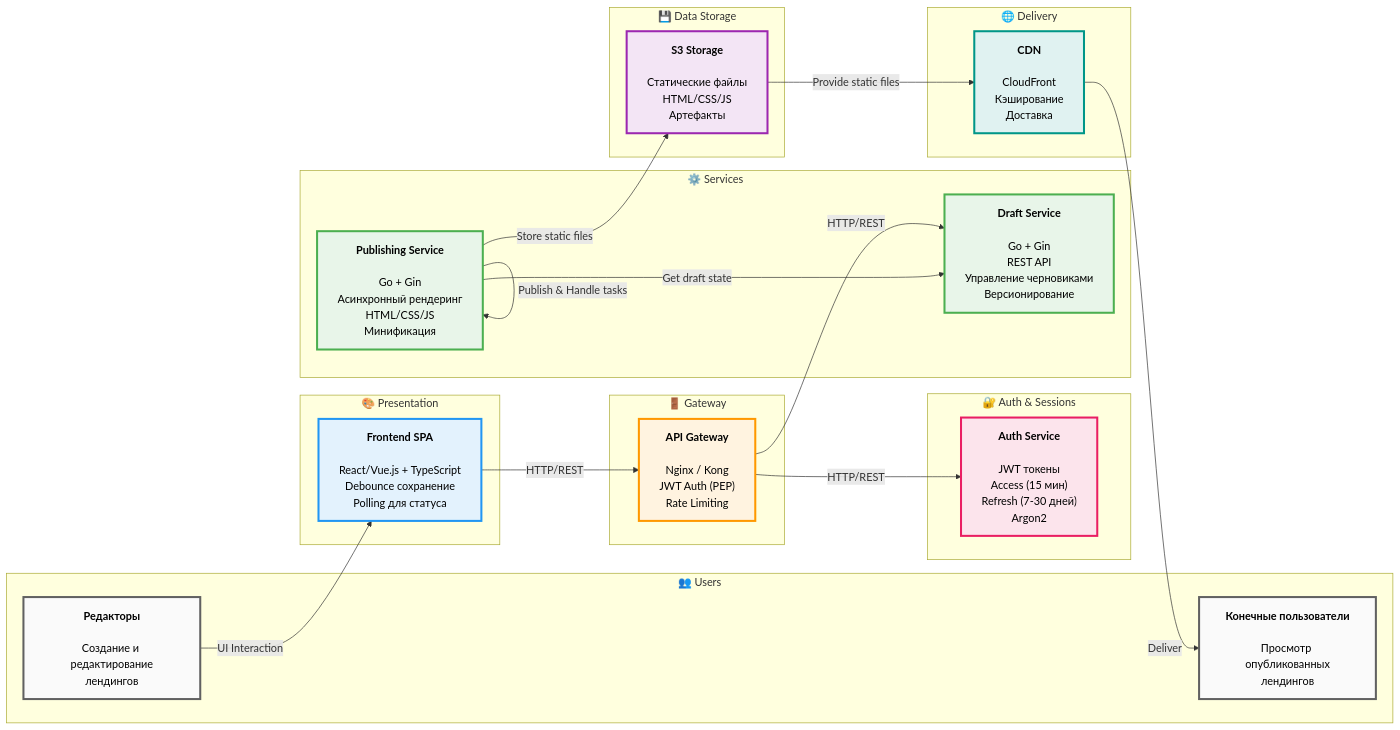
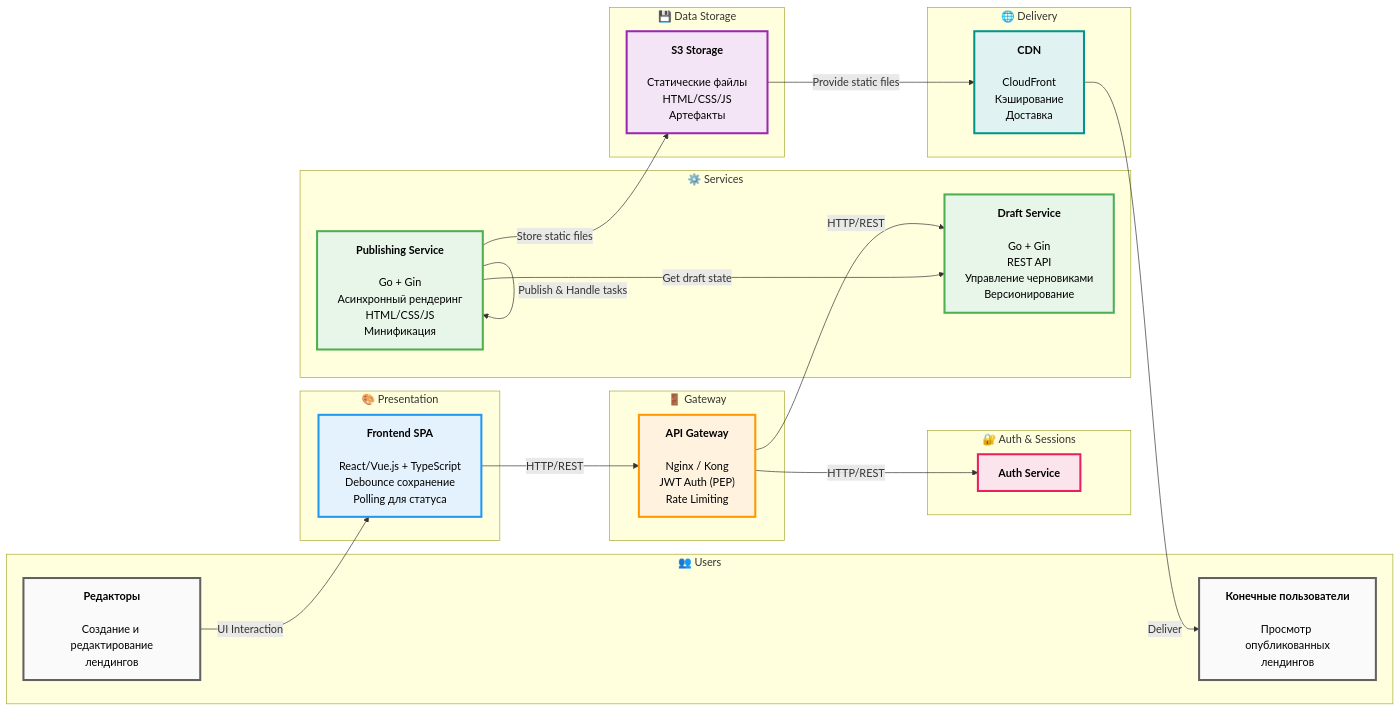
One commit to rki-mai/docs changed the first of 4 diagrams in ADRs/Уточнения и детализация архитектуры.md. Above: the diagram before and after it, drawn with Mermaid. The commit also changed other lines of this file, not shown here.

Commit message:
fix: move permissions check in auth service

````diff
--- a/ADRs/Уточнения и детализация архитектуры.md
+++ b/ADRs/Уточнения и детализация архитектуры.md
@@ -100,65 +99,65 @@
 ```mermaid
 graph LR
     subgraph users["👥 Users"]
         Editors["<b>Редакторы</b><br/><br/>Создание и редактирование<br/>лендингов"]
         EndUsers["<b>Конечные пользователи</b><br/><br/>Просмотр опубликованных<br/>лендингов"]
     end
     
     subgraph presentation["🎨 Presentation"]
         Frontend["<b>Frontend SPA</b><br/><br/>React/Vue.js + TypeScript<br/>Debounce сохранение<br/>Polling для статуса"]
     end
     
     subgraph gateway["🚪 Gateway"]
         Gateway["<b>API Gateway</b><br/><br/>Nginx / Kong<br/>JWT Auth (PEP)<br/>Rate Limiting"]
     end
     
     subgraph auth_storage["🔐 Auth & Sessions"]
-        AuthService["<b>Auth Service</b><br/><br/>JWT токены<br/>Access (15 мин)<br/>Refresh (7-30 дней)<br/>Argon2"]
+        AuthService["<b>Auth Service</b>"]
     end
     
     subgraph services["⚙️ Services"]
         DraftService["<b>Draft Service</b><br/><br/>Go + Gin<br/>REST API<br/>Управление черновиками<br/>Версионирование"]
         
         PublishService["<b>Publishing Service</b><br/><br/>Go + Gin<br/>Асинхронный рендеринг<br/>HTML/CSS/JS<br/>Минификация"]
     end
     
     subgraph data_storage["💾 Data Storage"]
         S3["<b>S3 Storage</b><br/><br/>Статические файлы<br/>HTML/CSS/JS<br/>Артефакты"]
     end
     
     subgraph delivery["🌐 Delivery"]
         CDN["<b>CDN</b><br/><br/>CloudFront<br/>Кэширование<br/>Доставка"]
     end
     
     Editors -->|UI Interaction| Frontend
     Frontend -->|HTTP/REST| Gateway
     
     Gateway -->|HTTP/REST| DraftService
     Gateway -->|HTTP/REST| AuthService
     
     PublishService -->|Publish & Handle tasks| PublishService
     PublishService -->|Get draft state| DraftService
     PublishService -->|Store static files| S3
     
     S3 -->|Provide static files| CDN
     CDN -->|Deliver| EndUsers
 
     classDef presentationStyle fill:#E3F2FD,stroke:#2196F3,stroke-width:3px,color:#000
     classDef gatewayStyle fill:#FFF3E0,stroke:#FF9800,stroke-width:3px,color:#000
     classDef authStyle fill:#FCE4EC,stroke:#E91E63,stroke-width:3px,color:#000
     classDef serviceStyle fill:#E8F5E9,stroke:#4CAF50,stroke-width:3px,color:#000
     classDef messagingStyle fill:#FFF9C4,stroke:#FBC02D,stroke-width:3px,color:#000
     classDef storageStyle fill:#F3E5F5,stroke:#9C27B0,stroke-width:3px,color:#000
     classDef deliveryStyle fill:#E0F2F1,stroke:#009688,stroke-width:3px,color:#000
     classDef usersStyle fill:#FAFAFA,stroke:#616161,stroke-width:3px,color:#000
     
     class Frontend presentationStyle
     class Gateway gatewayStyle
     class AuthService authStyle
     class DraftService,PublishService serviceStyle
     class RabbitMQ messagingStyle
     class MongoDB,S3 storageStyle
     class Redis,PostgreSQL authStyle
     class CDN deliveryStyle
     class Editors,EndUsers usersStyle
 ```
````
